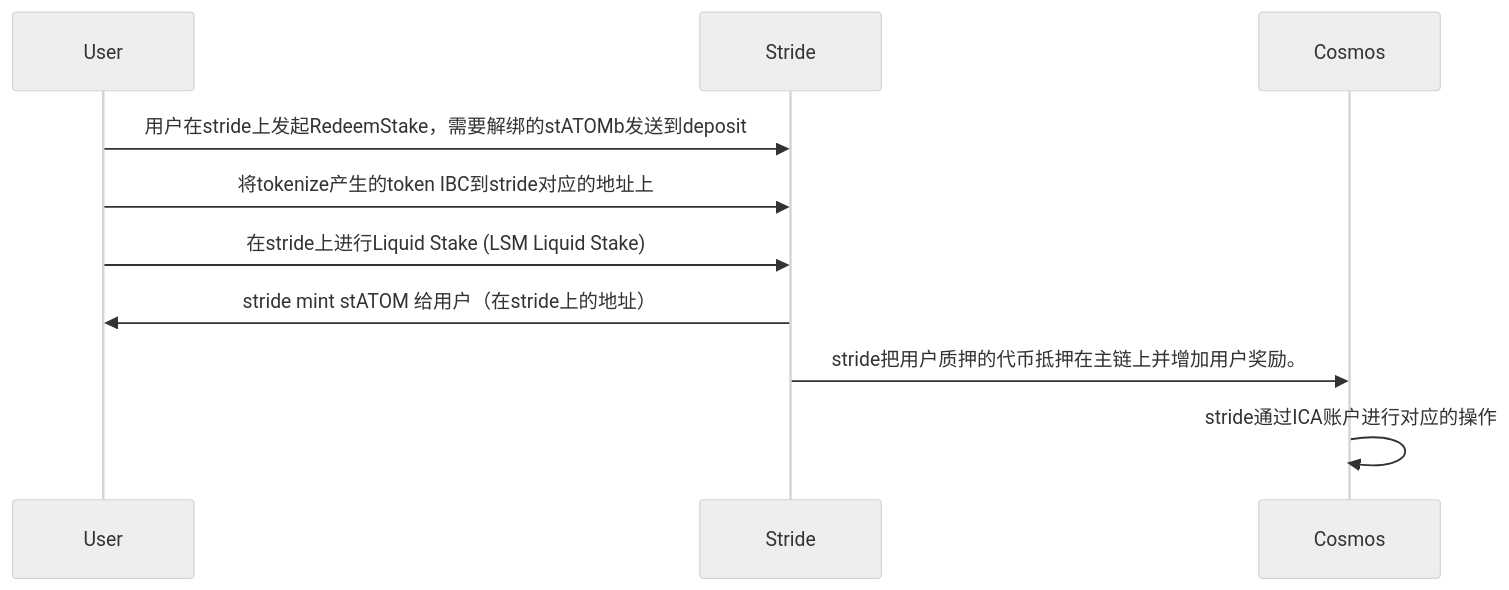
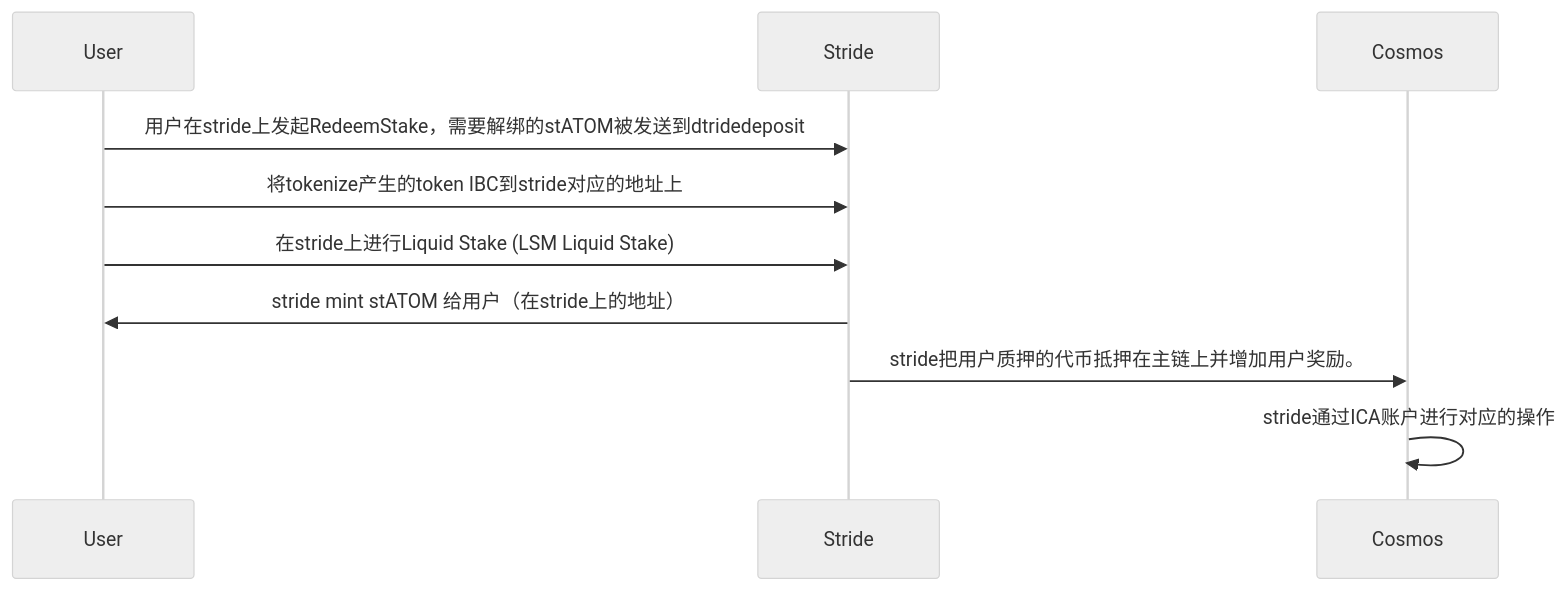
The diagram in all/unbonding.md (yingjianzh/iodraw-files), drawn with Mermaid (neutral theme) before and after one commit.

Commit message:
2024-03-28 15:01:58 update

````diff
--- a/all/unbonding.md
+++ b/all/unbonding.md
@@ -1,9 +1,9 @@
 ```mermaid
 sequenceDiagram
-    User->>Stride: 用户在stride上发起RedeemStake，需要解绑的stATOMb发送到deposit
+    User->>Stride: 用户在stride上发起RedeemStake，需要解绑的stATOM被发送到dtridedeposit
     User->>Stride: 将tokenize产生的token IBC到stride对应的地址上
     User->>Stride: 在stride上进行Liquid Stake (LSM Liquid Stake)
     Stride->>User: stride mint stATOM 给用户（在stride上的地址）
     Stride->>Cosmos: stride把用户质押的代币抵押在主链上并增加用户奖励。
     Cosmos->>Cosmos: stride通过ICA账户进行对应的操作
 ```
````
